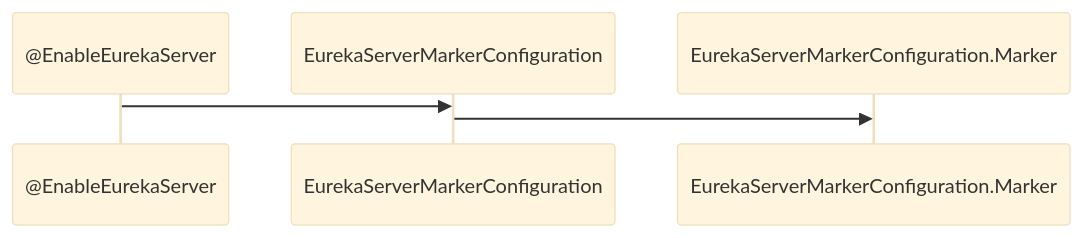
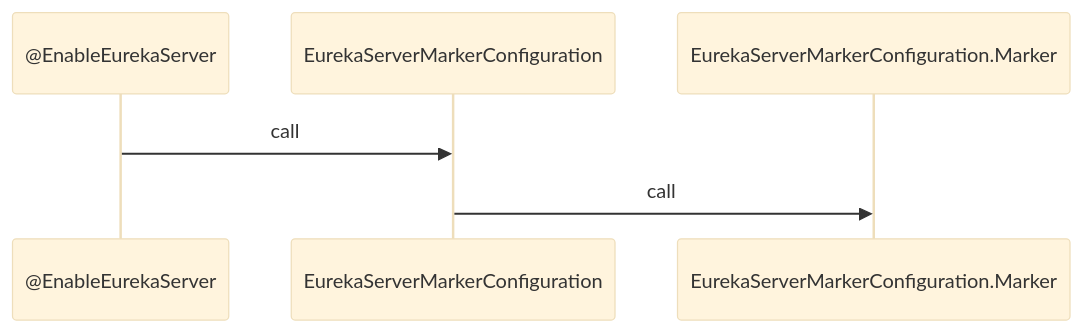
The diagram in articles/202109/eureka学习笔记.md (studeyang/studeyang.github.io), drawn with Mermaid (base theme) before and after one commit.

Commit message:
commit by shell

````diff
--- a/articles/202109/eureka学习笔记.md
+++ b/articles/202109/eureka学习笔记.md
@@ -5,5 +5,5 @@
 ```mermaid
 sequenceDiagram
-    @EnableEurekaServer->>EurekaServerMarkerConfiguration: 
-    EurekaServerMarkerConfiguration->>EurekaServerMarkerConfiguration.Marker: 
+    @EnableEurekaServer->>EurekaServerMarkerConfiguration: call
+    EurekaServerMarkerConfiguration->>EurekaServerMarkerConfiguration.Marker: call 
 ```
````
